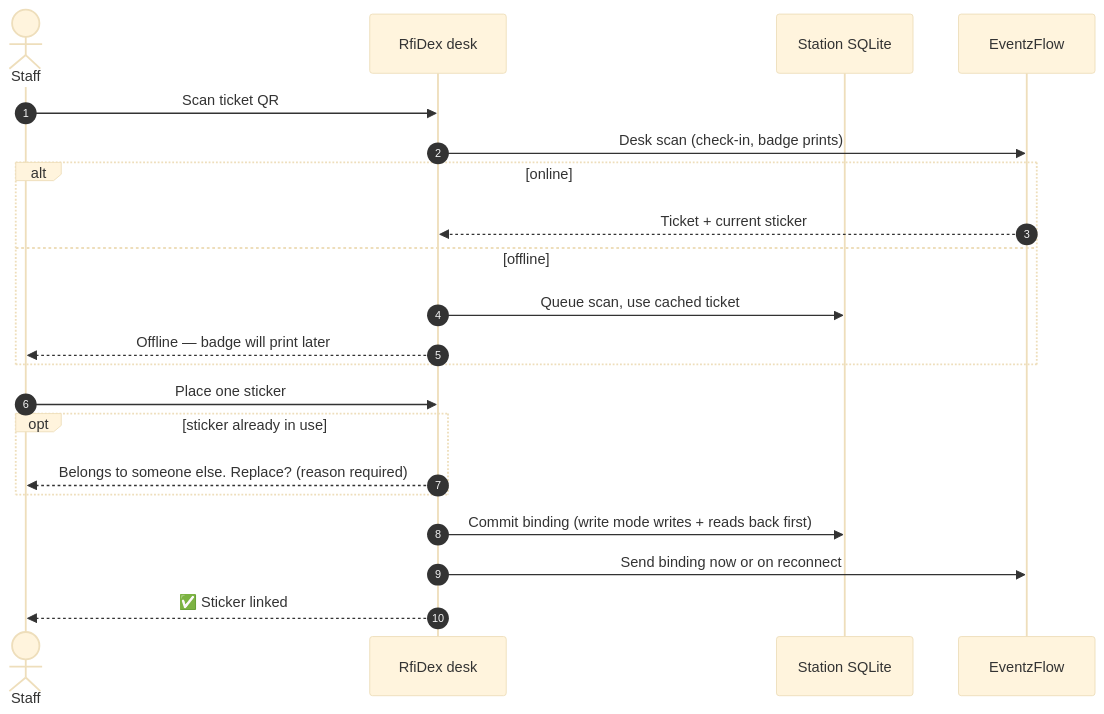
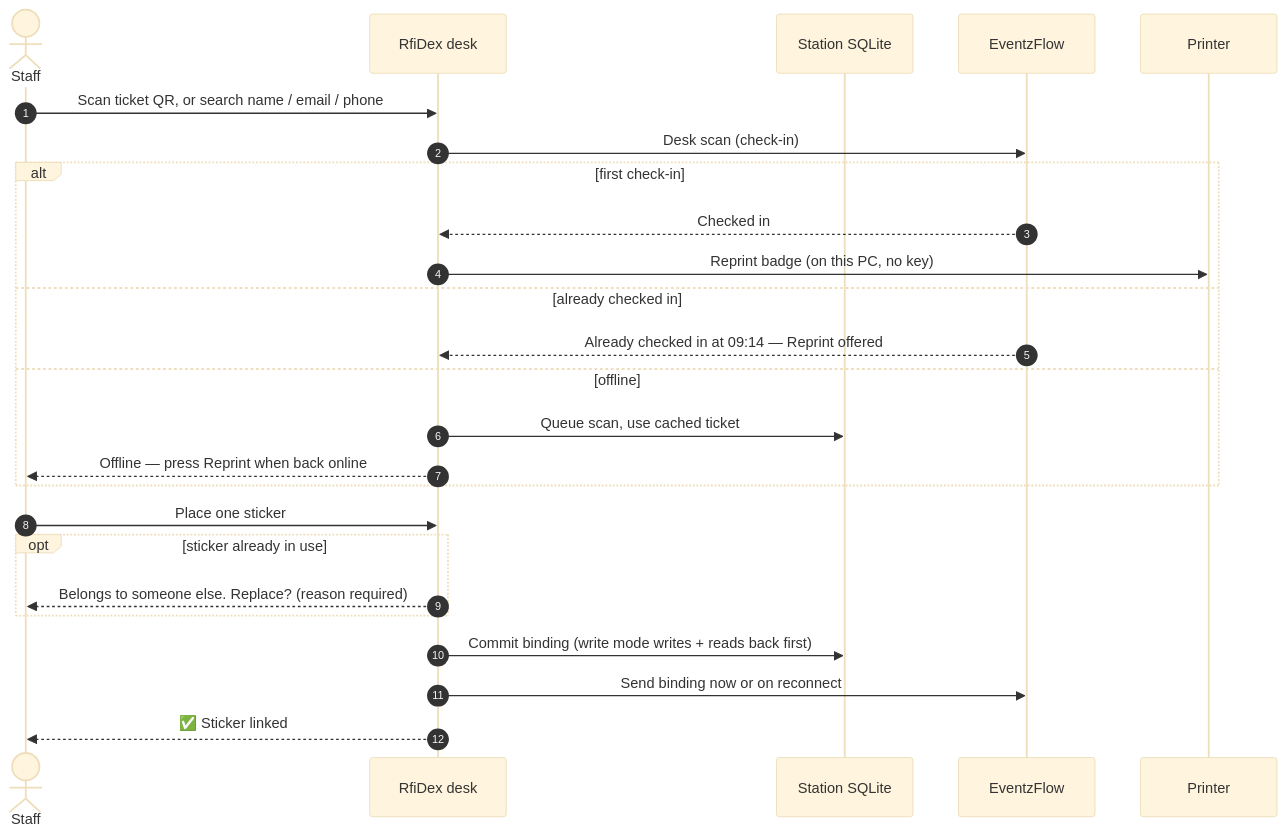
The third of 3 diagrams in README.md (LearningTigers-Sdn-Bhd/rfidex), drawn with Mermaid (base theme) before and after one commit. The commit also changed other lines of this file and 7 other files, not shown here.

````diff
--- a/README.md
+++ b/README.md
@@ -162,24 +164,27 @@
 ```mermaid
 sequenceDiagram
     autonumber
     actor Staff
     participant Desk as RfiDex desk
     participant DB as Station SQLite
     participant API as EventzFlow
 
-    Staff->>Desk: Scan ticket QR
-    Desk->>API: Desk scan (check-in, badge prints)
-    alt online
-        API-->>Desk: Ticket + current sticker
+    Staff->>Desk: Scan ticket QR, or search name / email / phone
+    Desk->>API: Desk scan (check-in)
+    alt first check-in
+        API-->>Desk: Checked in
+        Desk->>Printer: Reprint badge (on this PC, no key)
+    else already checked in
+        API-->>Desk: Already checked in at 09:14 — Reprint offered
     else offline
         Desk->>DB: Queue scan, use cached ticket
-        Desk-->>Staff: Offline — badge will print later
+        Desk-->>Staff: Offline — press Reprint when back online
     end
     Staff->>Desk: Place one sticker
     opt sticker already in use
         Desk-->>Staff: Belongs to someone else. Replace? (reason required)
     end
     Desk->>DB: Commit binding (write mode writes + reads back first)
     Desk->>API: Send binding now or on reconnect
     Desk-->>Staff: ✅ Sticker linked
 ```
````
